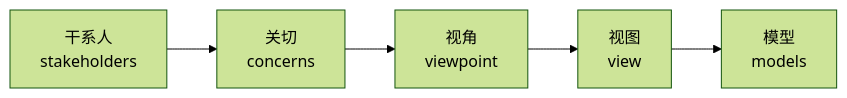
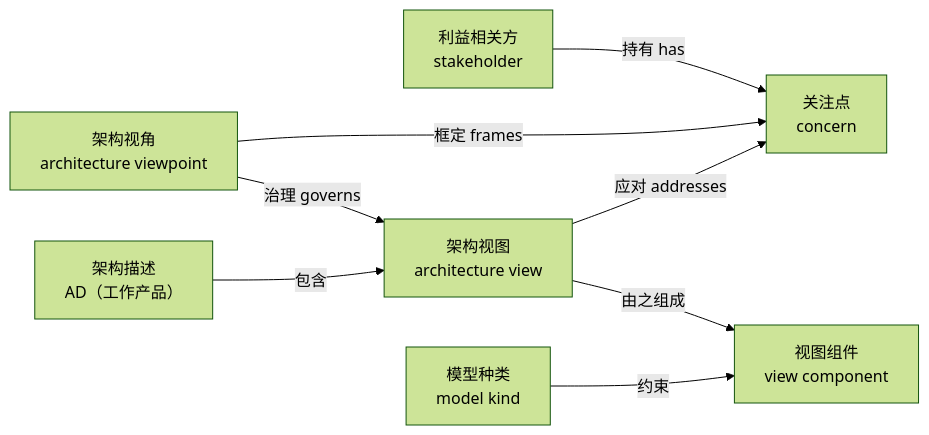
One commit to Yongjunzhou/AOS-system-design changed the eighth of 13 diagrams in 100-subprojects/01-系统工程研究/00-系统工程相关研究报告/12-工程师与架构师能力研究报告-从工程师到CTO.md. Above: the diagram before and after it, drawn with Mermaid (forest theme). The commit also changed other lines of this file and 38 other files, not shown here.

````diff
--- a/100-subprojects/01-系统工程研究/00-系统工程相关研究报告/12-工程师与架构师能力研究报告-从工程师到CTO.md
+++ b/100-subprojects/01-系统工程研究/00-系统工程相关研究报告/12-工程师与架构师能力研究报告-从工程师到CTO.md
@@ -425,7 +446,10 @@
 ```mermaid
 flowchart LR
-    S["干系人<br/>stakeholders"] --> C["关切<br/>concerns"]
-    C --> V["视角<br/>viewpoint"]
-    V --> VW["视图<br/>view"]
-    VW --> M["模型<br/>models"]
+    S["利益相关方<br/>stakeholder"] -- "持有 has" --> C["关注点<br/>concern"]
+    VP["架构视角<br/>architecture viewpoint"] -- "框定 frames" --> C
+    VP -- "治理 governs" --> VW["架构视图<br/>architecture view"]
+    VW -- "应对 addresses" --> C
+    VW -- "由之组成" --> VC["视图组件<br/>view component"]
+    MK["模型种类<br/>model kind"] -- "约束" --> VC
+    AD["架构描述<br/>AD（工作产品）"] -- "包含" --> VW
 ```
````
